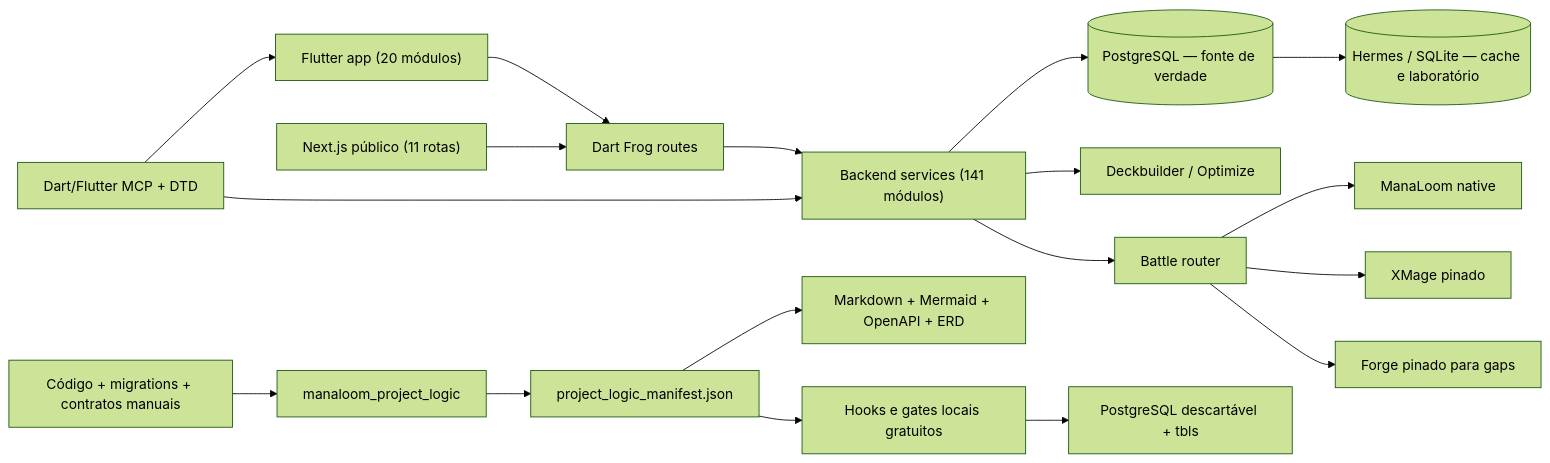
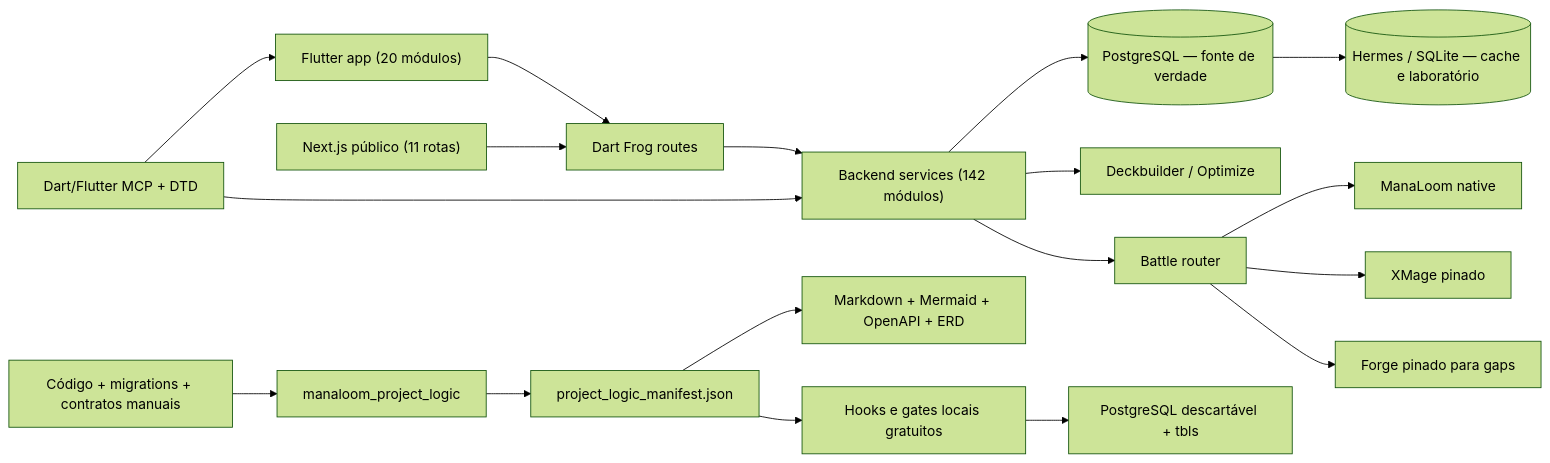
Before and after one commit to softwarePredador/mtgia: the diagram in docs/generated/ARCHITECTURE.md, drawn with Mermaid (forest theme). The commit also changed 14 other files, not shown here.

````diff
--- a/docs/generated/ARCHITECTURE.md
+++ b/docs/generated/ARCHITECTURE.md
@@ -5,20 +5,20 @@
 ```mermaid
 flowchart LR
     UI["Flutter app (20 módulos)"] --> API["Dart Frog routes"]
     WEB["Next.js público (11 rotas)"] --> API
-    API --> DOMAIN["Backend services (141 módulos)"]
+    API --> DOMAIN["Backend services (142 módulos)"]
     DOMAIN --> PG[("PostgreSQL — fonte de verdade")]
     DOMAIN --> AI["Deckbuilder / Optimize"]
     DOMAIN --> BATTLE["Battle router"]
     BATTLE --> NATIVE["ManaLoom native"]
     BATTLE --> XMAGE["XMage pinado"]
     BATTLE --> FORGE["Forge pinado para gaps"]
     PG --> HERMES[("Hermes / SQLite — cache e laboratório")]
     SRC["Código + migrations + contratos manuais"] --> GEN["manaloom_project_logic"]
     GEN --> MANIFEST["project_logic_manifest.json"]
     MANIFEST --> DOCS["Markdown + Mermaid + OpenAPI + ERD"]
     MANIFEST --> LOCAL["Hooks e gates locais gratuitos"]
     LOCAL --> TBLS["PostgreSQL descartável + tbls"]
     MCP["Dart/Flutter MCP + DTD"] --> UI
     MCP --> DOMAIN
 ```
````
